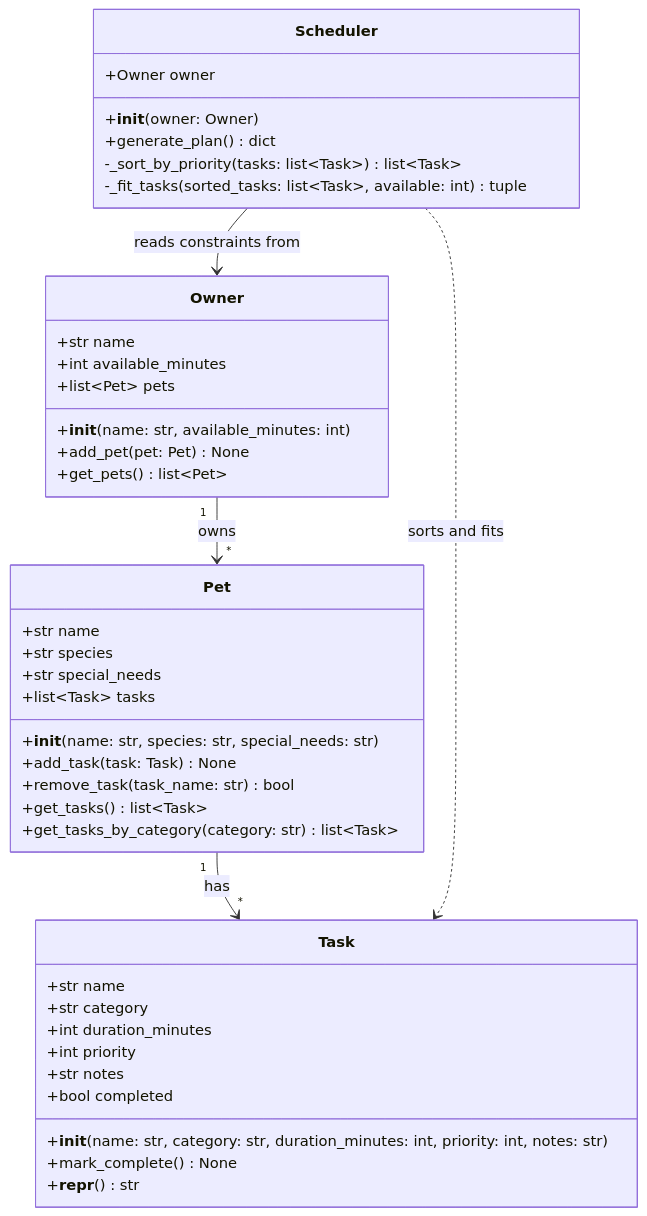
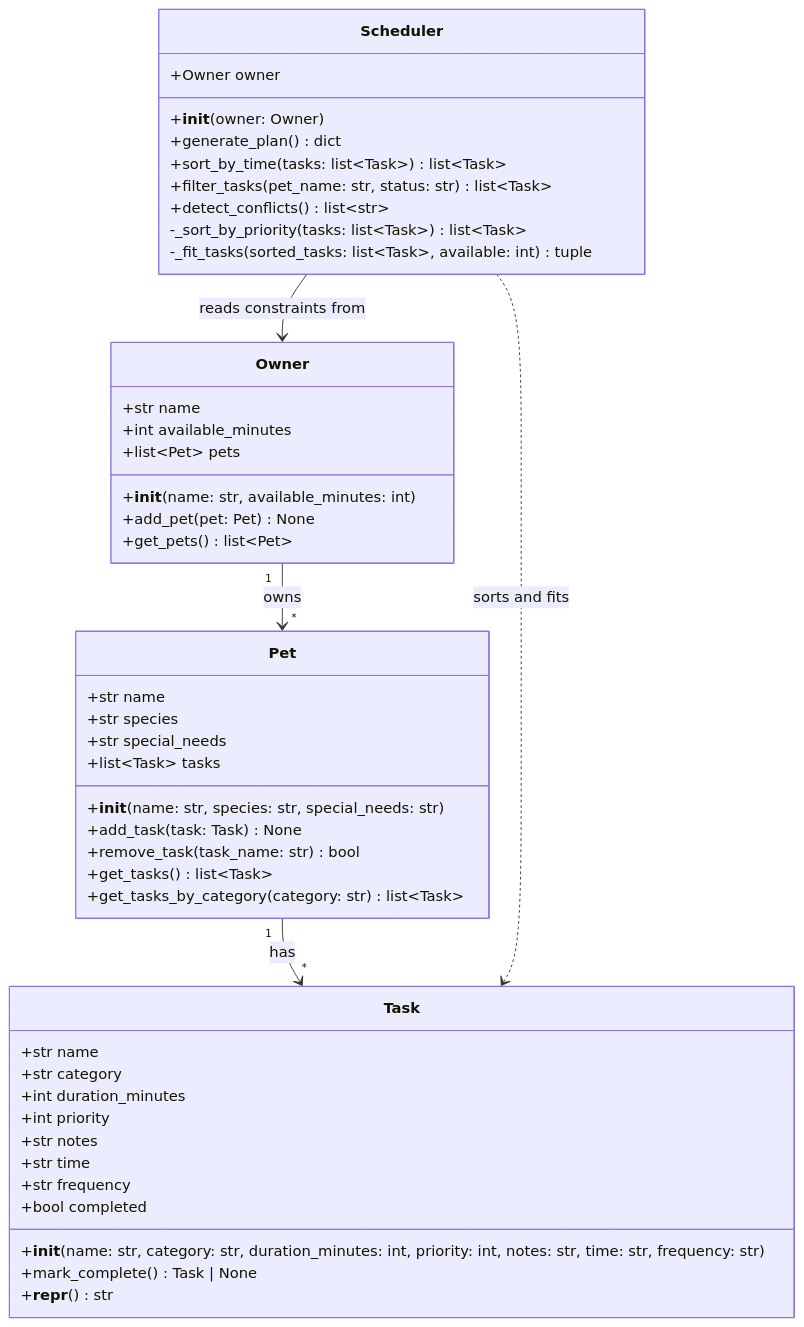
Before and after one commit to ethanncyb/ai110-module2show-pawpal-starter: the diagram in pawpal_class_diagram.md, drawn with Mermaid. The commit also changed 4 other files, not shown here.

````diff
--- a/pawpal_class_diagram.md
+++ b/pawpal_class_diagram.md
@@ -3,48 +3,53 @@
 ```mermaid
 classDiagram
     class Owner {
         +str name
         +int available_minutes
         +list~Pet~ pets
         +__init__(name: str, available_minutes: int)
         +add_pet(pet: Pet) None
         +get_pets() list~Pet~
     }
 
     class Pet {
         +str name
         +str species
         +str special_needs
         +list~Task~ tasks
         +__init__(name: str, species: str, special_needs: str)
         +add_task(task: Task) None
         +remove_task(task_name: str) bool
         +get_tasks() list~Task~
         +get_tasks_by_category(category: str) list~Task~
     }
 
     class Task {
         +str name
         +str category
         +int duration_minutes
         +int priority
         +str notes
+        +str time
+        +str frequency
         +bool completed
-        +__init__(name: str, category: str, duration_minutes: int, priority: int, notes: str)
-        +mark_complete() None
+        +__init__(name: str, category: str, duration_minutes: int, priority: int, notes: str, time: str, frequency: str)
+        +mark_complete() Task | None
         +__repr__() str
     }
 
     class Scheduler {
         +Owner owner
         +__init__(owner: Owner)
         +generate_plan() dict
+        +sort_by_time(tasks: list~Task~) list~Task~
+        +filter_tasks(pet_name: str, status: str) list~Task~
+        +detect_conflicts() list~str~
         -_sort_by_priority(tasks: list~Task~) list~Task~
         -_fit_tasks(sorted_tasks: list~Task~, available: int) tuple
     }
 
     Owner "1" --> "*" Pet : owns
     Pet "1" --> "*" Task : has
     Scheduler --> Owner : reads constraints from
     Scheduler ..> Task : sorts and fits
 ```
````
